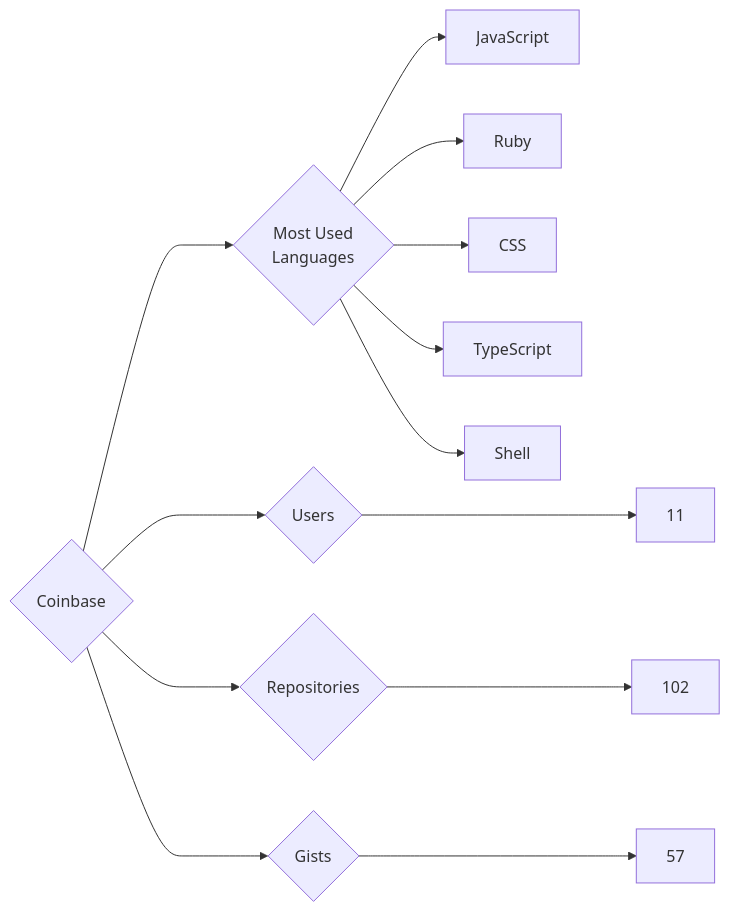
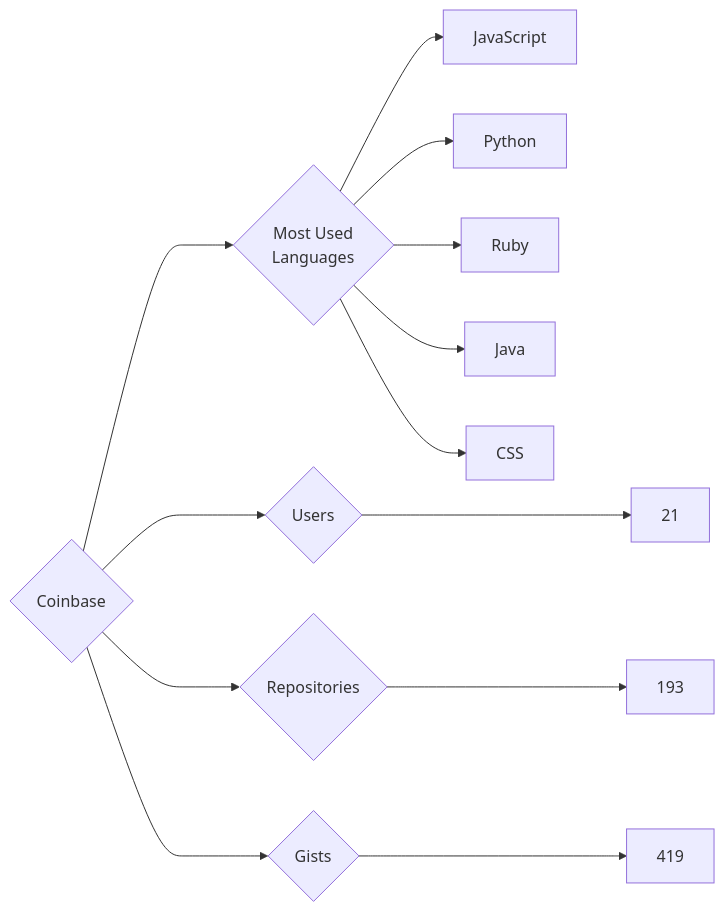
The diagram in targets/Coinbase/README.md (trickest/insiders), drawn with Mermaid before and after one commit. The commit also changed 699 other files, not shown here.

````diff
--- a/targets/Coinbase/README.md
+++ b/targets/Coinbase/README.md
@@ -3,13 +3,13 @@
 ```mermaid
 graph LR
 COMPANY_NAME{Coinbase}
-COMPANY_NAME ---> U{Users} ---> UN[11]
-COMPANY_NAME ---> R{Repositories} ---> RN[102]
-COMPANY_NAME ---> G{Gists} ---> GN[57]
+COMPANY_NAME ---> U{Users} ---> UN[21]
+COMPANY_NAME ---> R{Repositories} ---> RN[193]
+COMPANY_NAME ---> G{Gists} ---> GN[419]
 COMPANY_NAME ---> ML{Most Used<br>Languages}
 ML --> JavaScript[JavaScript]
+ML --> Python[Python]
 ML --> Ruby[Ruby]
+ML --> Java[Java]
 ML --> CSS[CSS]
-ML --> TypeScript[TypeScript]
-ML --> Shell[Shell]
 ```
````
